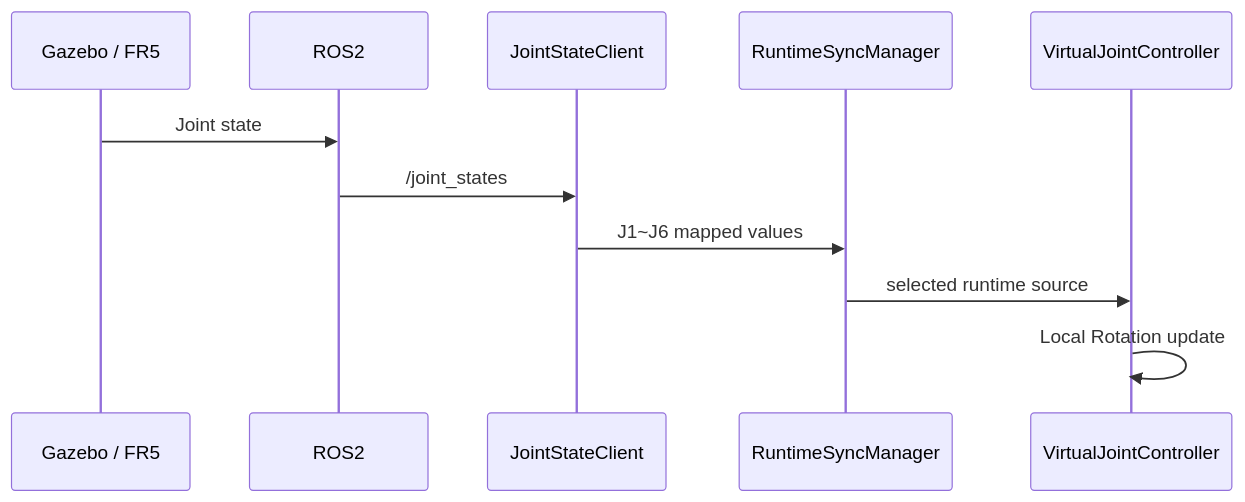
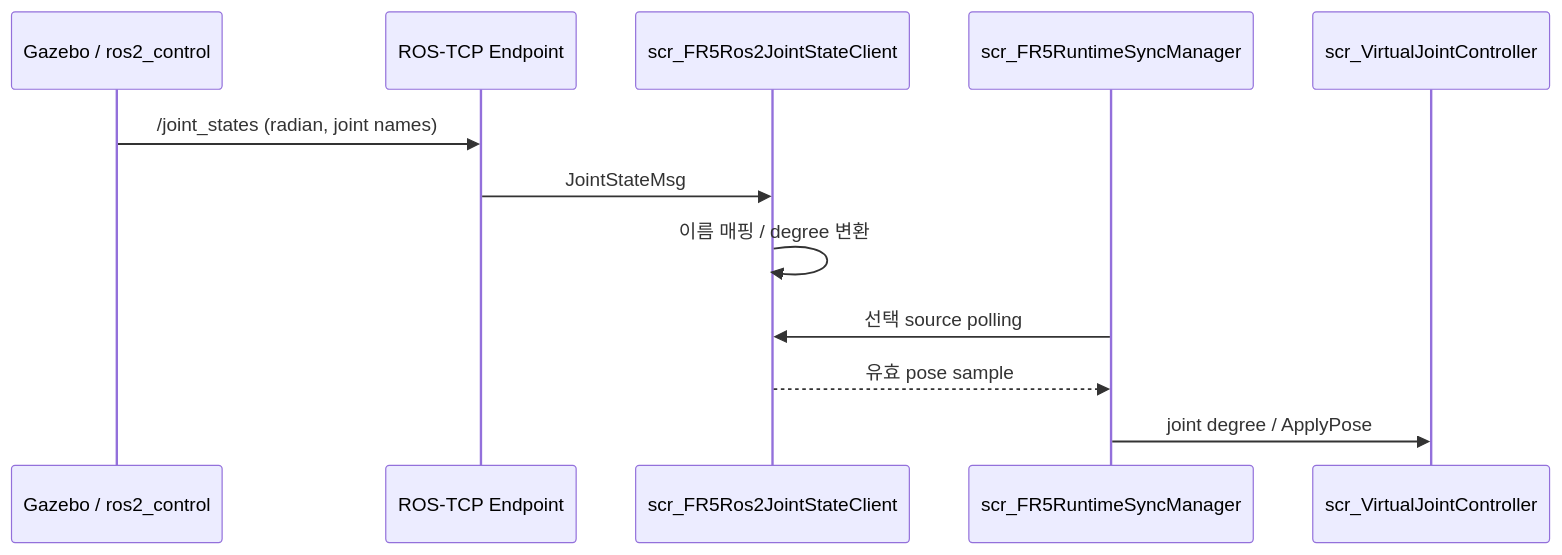
The first of 5 diagrams in docs/04_data_flow.md (seongyeop-dev/fr5-unity-digital-twin), drawn with Mermaid before and after one commit. The commit also changed other lines of this file and 49 other files, not shown here.

````diff
--- a/docs/04_data_flow.md
+++ b/docs/04_data_flow.md
@@ -22,14 +7,14 @@
 ```mermaid
 sequenceDiagram
-    participant G as Gazebo / FR5
-    participant R as ROS2
-    participant C as JointStateClient
-    participant S as RuntimeSyncManager
-    participant V as VirtualJointController
-
-    G->>R: Joint state
-    R->>C: /joint_states
-    C->>S: J1~J6 mapped values
-    S->>V: selected runtime source
-    V->>V: Local Rotation update
+    participant G as Gazebo / ros2_control
+    participant T as ROS-TCP Endpoint
+    participant C as scr_FR5Ros2JointStateClient
+    participant S as scr_FR5RuntimeSyncManager
+    participant V as scr_VirtualJointController
+    G->>T: /joint_states (radian, joint names)
+    T->>C: JointStateMsg
+    C->>C: 이름 매핑 / degree 변환
+    S->>C: 선택 source polling
+    C-->>S: 유효 pose sample
+    S->>V: joint degree / ApplyPose
 ```
````
